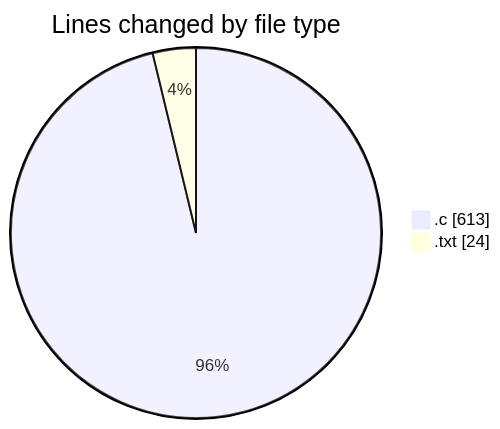
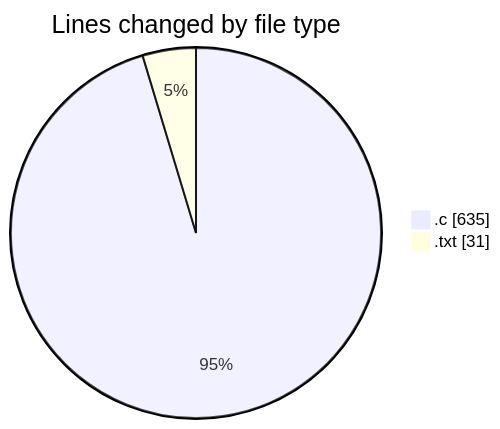
Before and after one commit to Ritupan-Deka/code-tracking: the first of 2 diagrams in 2025-01-26/search/README.md, drawn with Mermaid. The commit also changed other lines of this file and 1 other file, not shown here.

````diff
--- a/2025-01-26/search/README.md
+++ b/2025-01-26/search/README.md
@@ -22,6 +22,6 @@
 ```mermaid
 pie showData
 title Lines changed by file type
-".c" : 613
-".txt" : 24
+".c" : 635
+".txt" : 31
 ```
````
